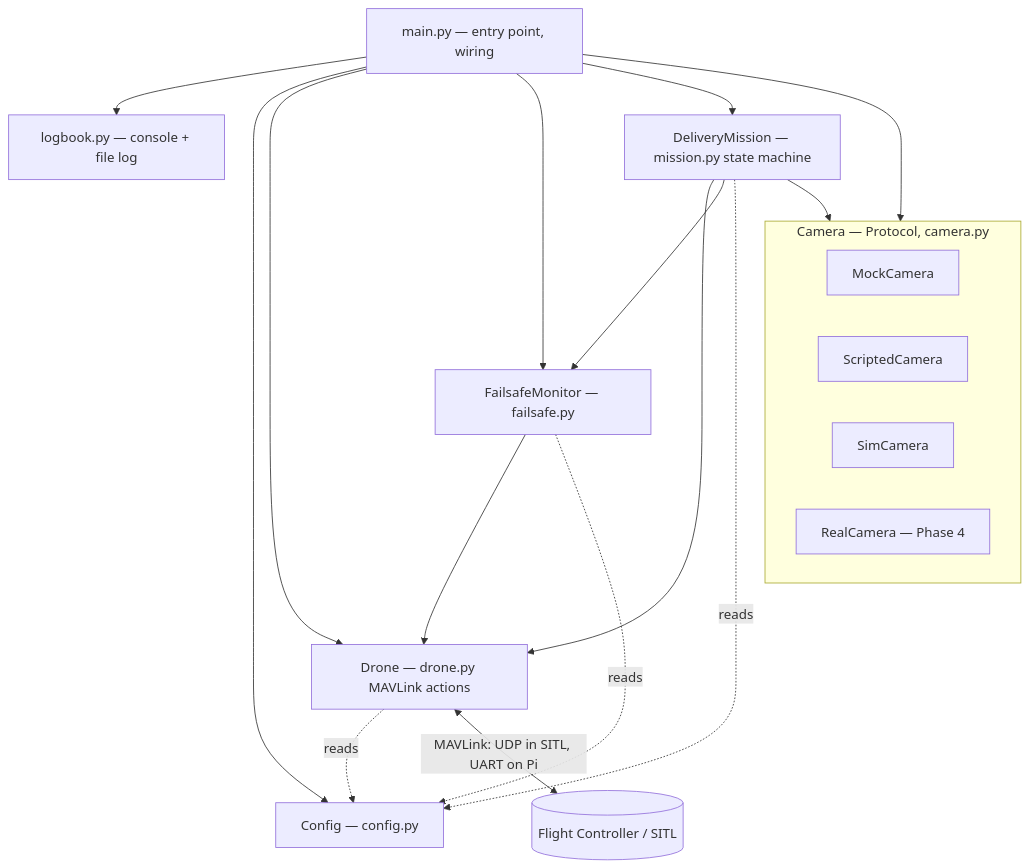
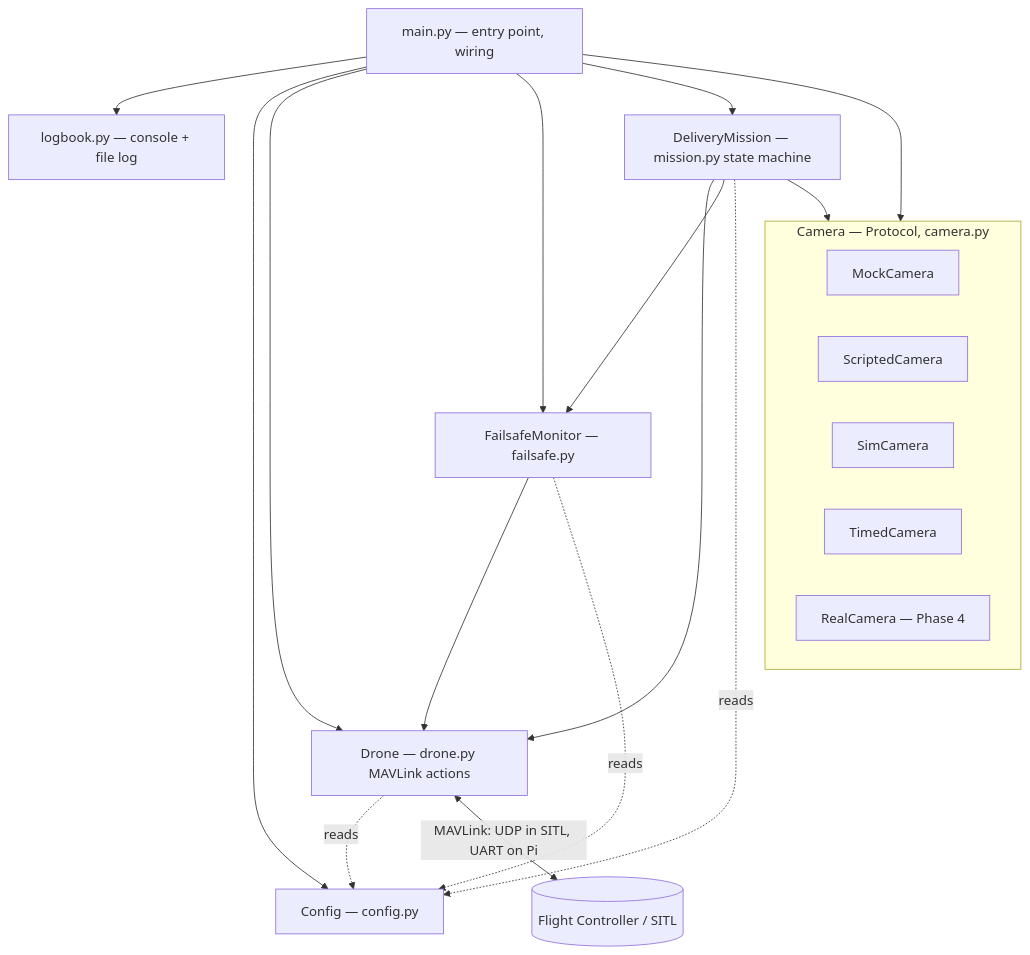
One commit to ki-drohnen-ss26/Pi-Code changed the first of 5 diagrams in docs/ARCHITECTURE.md. Above: the diagram before and after it, drawn with Mermaid. The commit also changed other lines of this file and 12 other files, not shown here.

````diff
--- a/docs/ARCHITECTURE.md
+++ b/docs/ARCHITECTURE.md
@@ -15,33 +15,34 @@
 ```mermaid
 flowchart TB
     main["main.py — entry point, wiring"]
     cfg["Config — config.py"]
     logb["logbook.py — console + file log"]
     mission["DeliveryMission — mission.py state machine"]
     drone["Drone — drone.py MAVLink actions"]
     fs["FailsafeMonitor — failsafe.py"]
     fc[("Flight Controller / SITL")]
 
     subgraph cam["Camera — Protocol, camera.py"]
         mock["MockCamera"]
         scripted["ScriptedCamera"]
         sim["SimCamera"]
+        timed["TimedCamera"]
         real["RealCamera — Phase 4"]
     end
 
     main --> logb
     main --> cfg
     main --> drone
     main --> cam
     main --> fs
     main --> mission
 
     mission --> drone
     mission --> cam
     mission --> fs
     mission -.->|reads| cfg
     fs --> drone
     fs -.->|reads| cfg
     drone -.->|reads| cfg
     drone <-->|"MAVLink: UDP in SITL, UART on Pi"| fc
 ```
````
